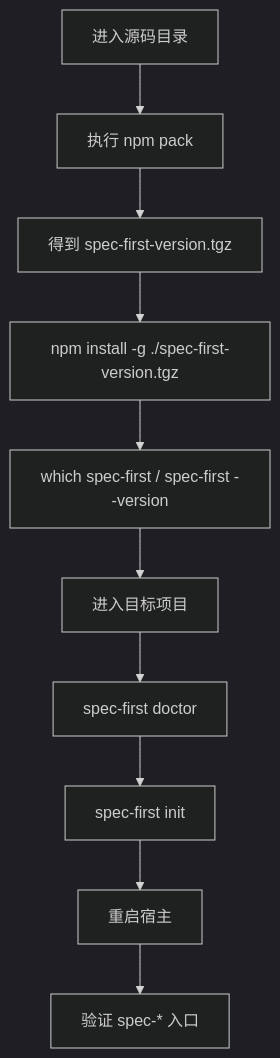
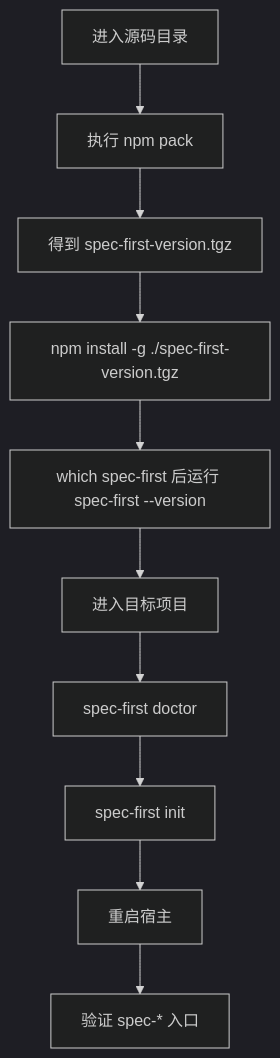
One commit to leo-kuang-ai/spec-first changed the second of 2 diagrams in .zread/wiki/versions/2026-07-05-135750/7-ben-di-yuan-ma-an-zhuang-yu-kai-fa-huan-jing-zhun-bei.md. Above: the diagram before and after it, drawn with Mermaid (dark theme). The commit also changed other lines of this file and 11 other files, not shown here.

````diff
--- a/.zread/wiki/versions/2026-07-05-135750/7-ben-di-yuan-ma-an-zhuang-yu-kai-fa-huan-jing-zhun-bei.md
+++ b/.zread/wiki/versions/2026-07-05-135750/7-ben-di-yuan-ma-an-zhuang-yu-kai-fa-huan-jing-zhun-bei.md
@@ -36,12 +36,12 @@
 ```mermaid
 flowchart TD
   A[进入源码目录] --> B[执行 npm pack]
   B --> C[得到 spec-first-version.tgz]
   C --> D[npm install -g ./spec-first-version.tgz]
-  D --> E[which spec-first / spec-first --version]
+  D --> E[which spec-first 后运行 spec-first --version]
   E --> F[进入目标项目]
   F --> G[spec-first doctor]
   G --> H[spec-first init]
   H --> I[重启宿主]
   I --> J[验证 spec-* 入口]
 ```
````
